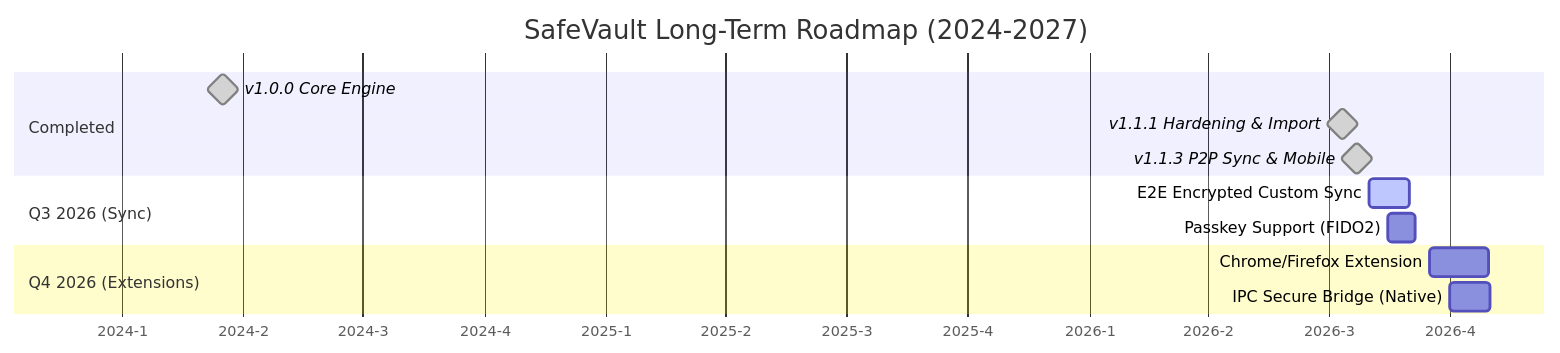
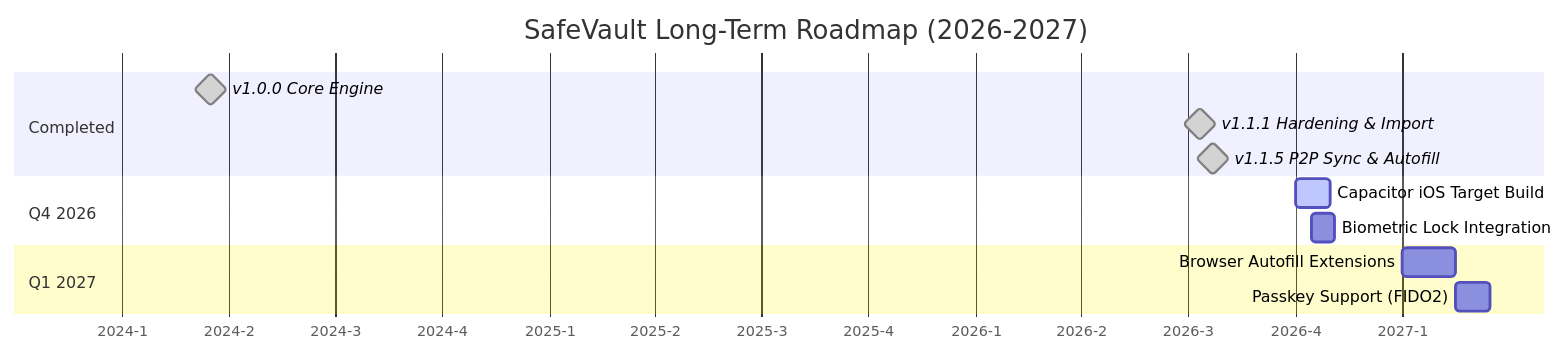
Before and after one commit to SudhirDevOps1/SafeVault: the second of 2 diagrams in docs/features.md, drawn with Mermaid. The commit also changed other lines of this file, not shown here.

````diff
--- a/docs/features.md
+++ b/docs/features.md
@@ -89,19 +144,19 @@
 ```mermaid
 gantt
-    title SafeVault Long-Term Roadmap (2024-2027)
+    title SafeVault Long-Term Roadmap (2026-2027)
     dateFormat  YYYY-MM-DD
     axisFormat  %Y-%q
     
     section Completed
     v1.0.0 Core Engine          :done, milestone, 2024-01-01, 2024-06-01
     v1.1.1 Hardening & Import   :done, milestone, 2026-07-01, 2026-07-22
-    v1.1.3 P2P Sync & Mobile    :done, milestone, 2026-07-22, 2026-07-23
+    v1.1.5 P2P Sync & Autofill  :done, milestone, 2026-07-22, 2026-07-23
     
-    section Q3 2026 (Sync)
-    E2E Encrypted Custom Sync   :active, des1, 2026-08-01, 30d
-    Passkey Support (FIDO2)     : des2, 2026-08-15, 20d
+    section Q4 2026
+    Capacitor iOS Target Build  :active, des1, 2026-10-01, 30d
+    Biometric Lock Integration  : des2, 2026-10-15, 20d
     
-    section Q4 2026 (Extensions)
-    Chrome/Firefox Extension    : des3, 2026-09-15, 45d
-    IPC Secure Bridge (Native)  : des4, 2026-10-01, 30d
+    section Q1 2027
+    Browser Autofill Extensions : des3, 2027-01-01, 45d
+    Passkey Support (FIDO2)     : des4, 2027-02-15, 30d
 ```
````
